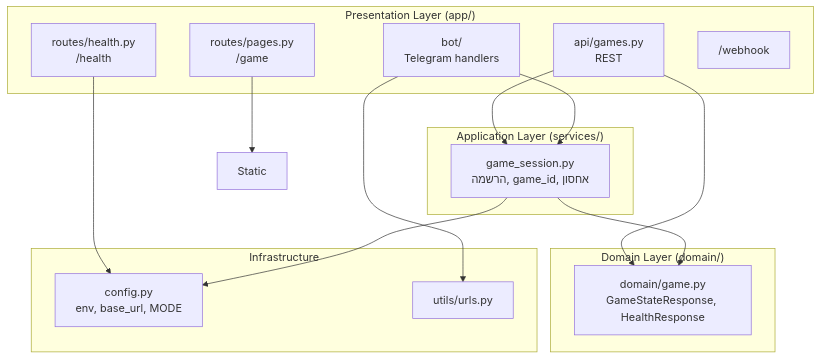
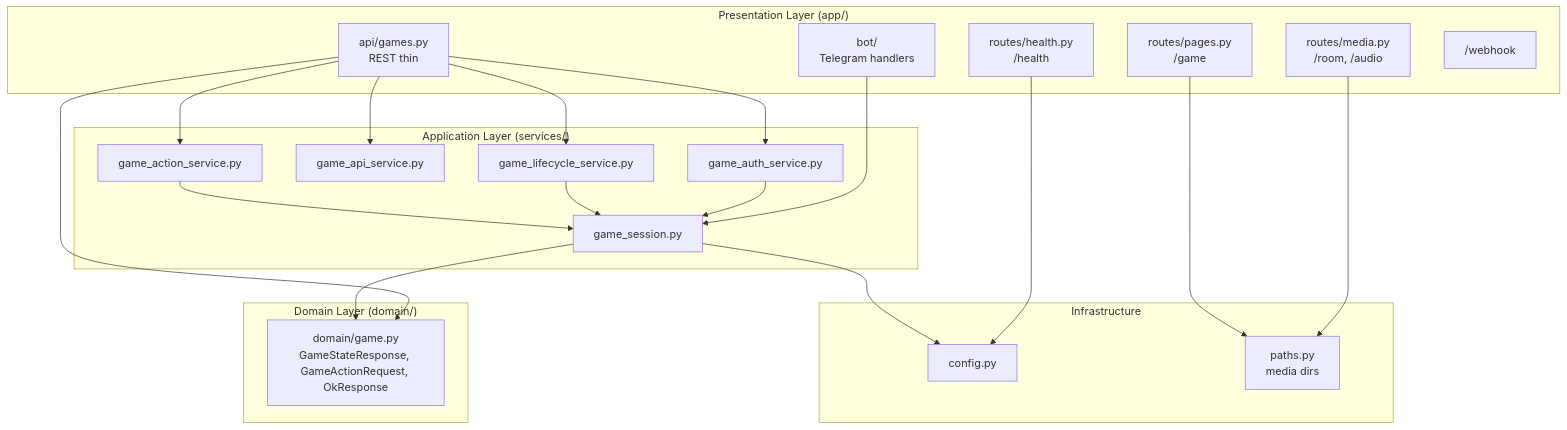
One commit to Itamarabir1/escape-room-telegram changed the diagram in backend/ARCHITECTURE.md. Above: the diagram before and after it, drawn with Mermaid. The commit also changed other lines of this file and 35 other files, not shown here.

````diff
--- a/backend/ARCHITECTURE.md
+++ b/backend/ARCHITECTURE.md
@@ -15,32 +15,43 @@
 ```mermaid
 flowchart TB
     subgraph Presentation["Presentation Layer (app/)"]
-        API["api/games.py\nREST"]
+        API["api/games.py\nREST thin"]
+        Media["routes/media.py\n/room, /audio"]
         Pages["routes/pages.py\n/game"]
         Health["routes/health.py\n/health"]
         Bot["bot/\nTelegram handlers"]
         Webhook["/webhook"]
     end
 
     subgraph Application["Application Layer (services/)"]
-        GameSession["game_session.py\nהרשמה, game_id, אחסון"]
+        GameSession["game_session.py"]
+        GameAuth["game_auth_service.py"]
+        GameAPI["game_api_service.py"]
+        GameLifecycle["game_lifecycle_service.py"]
+        GameAction["game_action_service.py"]
     end
 
     subgraph Domain["Domain Layer (domain/)"]
-        Schema["domain/game.py\nGameStateResponse, HealthResponse"]
+        Schema["domain/game.py\nGameStateResponse, GameActionRequest, OkResponse"]
     end
 
     subgraph Infrastructure["Infrastructure"]
-        Config["config.py\nenv, base_url, MODE"]
-        Utils["utils/urls.py"]
+        Config["config.py"]
+        Paths["paths.py\nmedia dirs"]
     end
 
-    API --> GameSession
+    API --> GameAuth
+    API --> GameAPI
+    API --> GameLifecycle
+    API --> GameAction
     API --> Schema
+    Media --> Paths
     Health --> Config
-    Pages --> Static
+    Pages --> Paths
     Bot --> GameSession
-    Bot --> Utils
+    GameAuth --> GameSession
+    GameLifecycle --> GameSession
+    GameAction --> GameSession
     GameSession --> Schema
     GameSession --> Config
 ```
````
